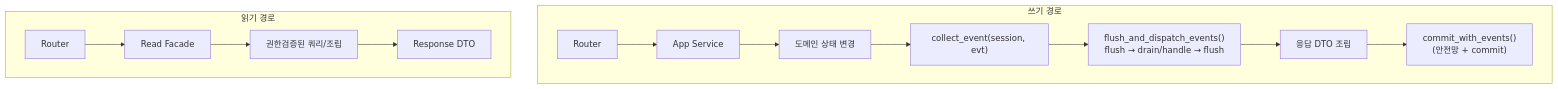
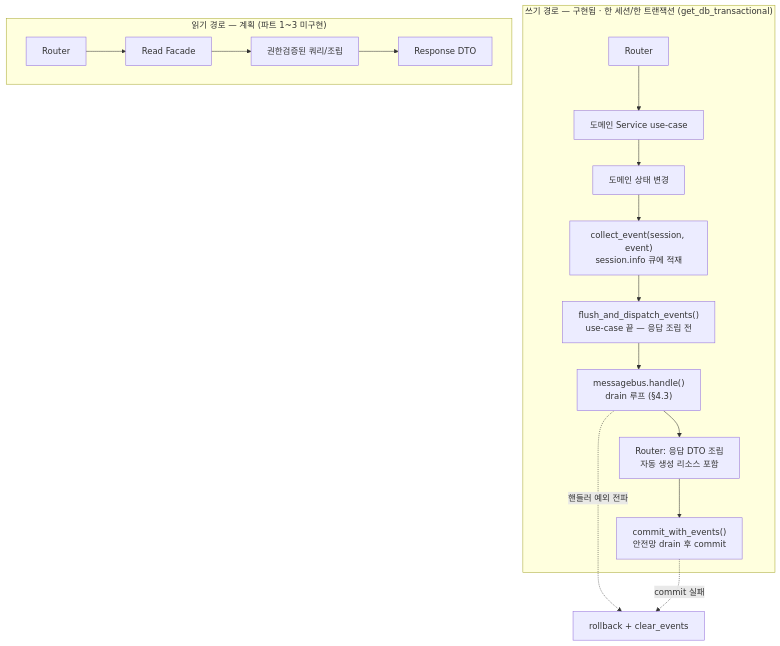
Before and after one commit to onprem-hipster-timer/backend: the first of 3 diagrams in docs/development/domain-events.ko.md, drawn with Mermaid. The commit also changed other lines of this file, not shown here.

First line of the commit message:
docs(events): mermaid를 현재 메시지 구조에 맞게 개선·추가

````diff
--- a/docs/development/domain-events.ko.md
+++ b/docs/development/domain-events.ko.md
@@ -34,17 +34,20 @@
 ```mermaid
 flowchart TD
-    subgraph write["쓰기 경로"]
-        WReq[Router] --> WSvc[App Service]
-        WSvc --> WMut[도메인 상태 변경]
-        WMut --> WEvt["collect_event(session, evt)"]
-        WEvt --> WFlush["flush_and_dispatch_events()<br/>flush → drain/handle → flush"]
-        WFlush --> WResp[응답 DTO 조립]
-        WResp --> WCommit["commit_with_events()<br/>(안전망 + commit)"]
+    subgraph write["쓰기 경로 — 구현됨 · 한 세션/한 트랜잭션 (get_db_transactional)"]
+        WReq[Router] --> WSvc["도메인 Service use-case"]
+        WSvc --> WMut["도메인 상태 변경"]
+        WMut --> WEvt["collect_event(session, event)<br/>session.info 큐에 적재"]
+        WEvt --> WFlush["flush_and_dispatch_events()<br/>use-case 끝 — 응답 조립 전"]
+        WFlush --> WBus["messagebus.handle()<br/>drain 루프 (§4.3)"]
+        WBus --> WResp["Router: 응답 DTO 조립<br/>자동 생성 리소스 포함"]
+        WResp --> WCommit["commit_with_events()<br/>안전망 drain 후 commit"]
     end
+    WBus -. "핸들러 예외 전파" .-> WRB["rollback + clear_events"]
+    WCommit -. "commit 실패" .-> WRB
 
-    subgraph read["읽기 경로"]
+    subgraph read["읽기 경로 — 계획 (파트 1~3 미구현)"]
         RReq[Router] --> RFac[Read Facade]
-        RFac --> RQ[권한검증된 쿼리/조립]
+        RFac --> RQ["권한검증된 쿼리/조립"]
         RQ --> RDTO[Response DTO]
     end
 ```
````
